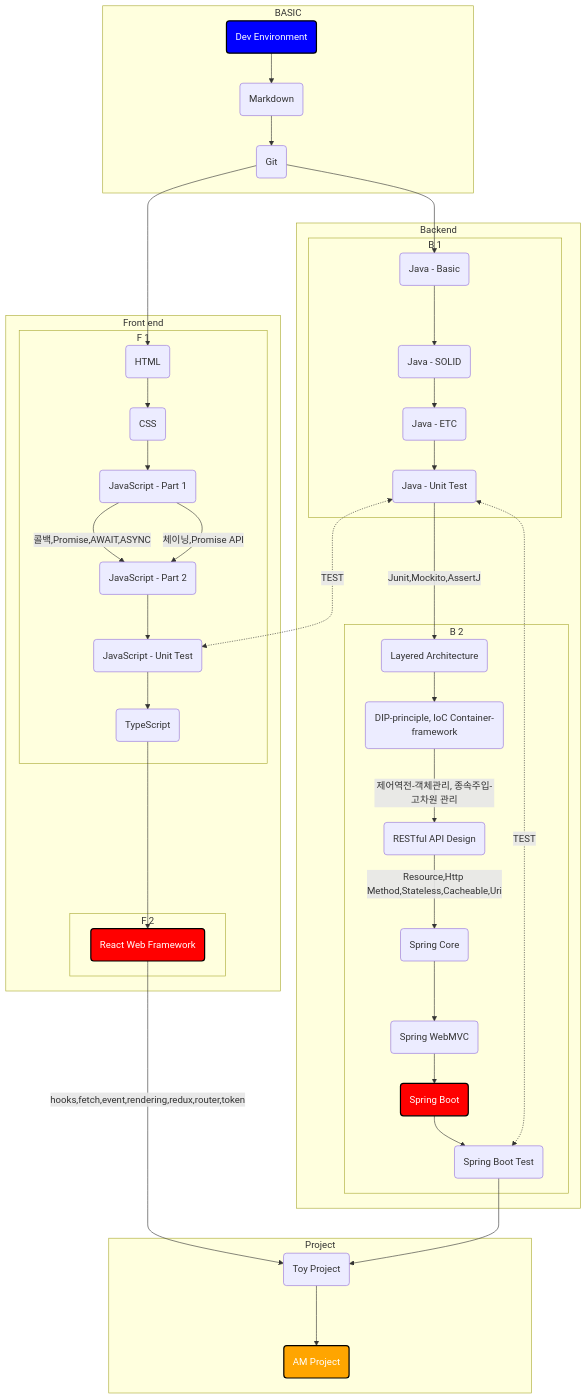
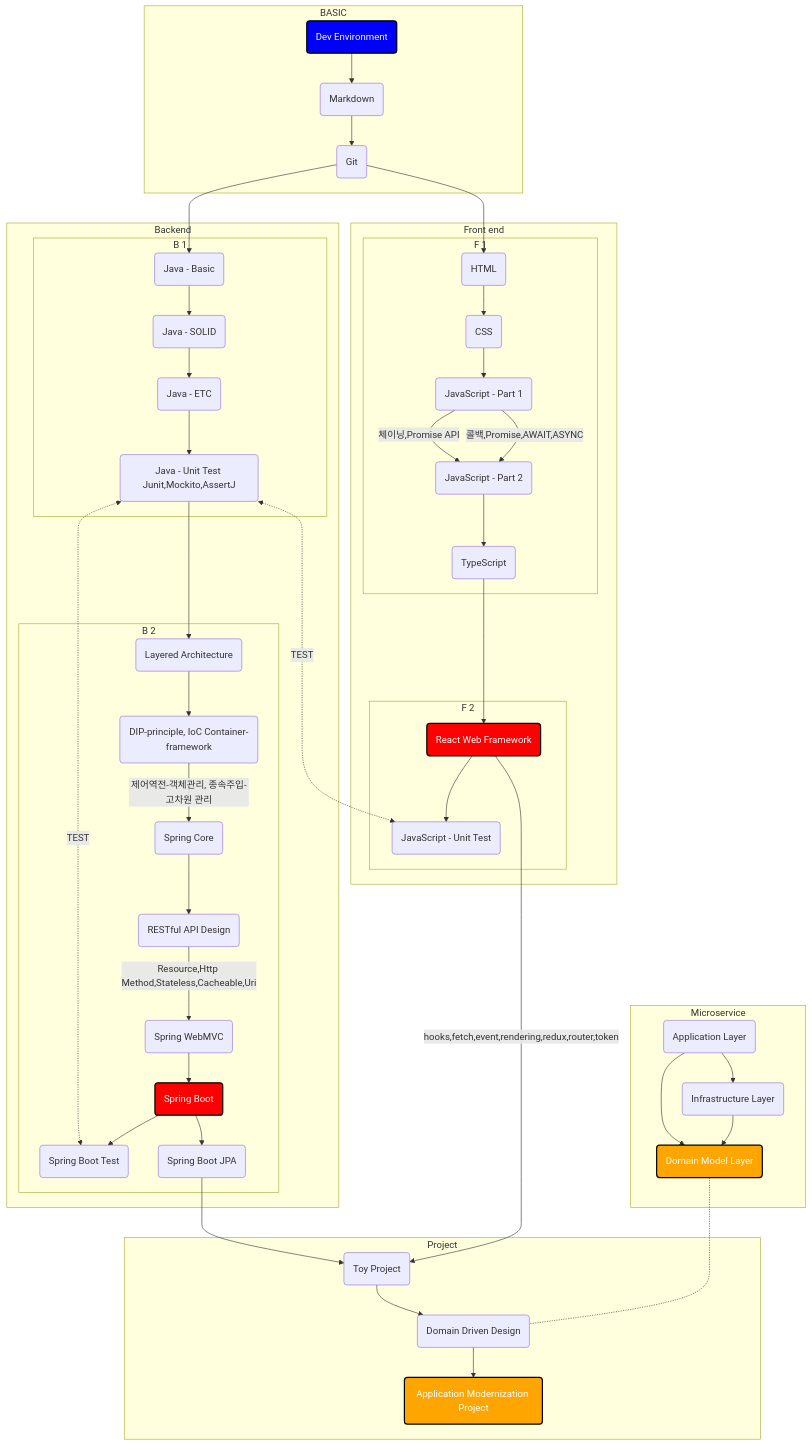
The first of 2 diagrams in README.md (HankJoo/HankJoo), drawn with Mermaid before and after one commit. The commit also changed other lines of this file, not shown here.

```diff
--- a/README.md
+++ b/README.md
@@ -26,24 +26,26 @@
             B1(Java - Basic)
             B2(Java - SOLID)
             B3(Java - ETC)        
-            B4(Java - Unit Test)     
-            B1-->B2-->B3-->B4
-           
+            B4(Java - Unit Test Junit,Mockito,AssertJ)     
+            B1-->B2-->B3-->B4           
         end
       
-    B4--->|Junit,Mockito,AssertJ|B5
+    B4--->B5
         
         subgraph "B 2" 
             B5(Layered Architecture)
             B6(DIP-principle, IoC Container-framework)
-            B7(RESTful API Design)
-            B8(Spring Core)
+            B7(Spring Core)
+            B8(RESTful API Design)                       
             B9(Spring WebMVC)
             B10(Spring Boot):::red
             B11(Spring Boot Test) 
+            B12(Spring Boot JPA)
             
             B5-->B6-->|제어역전-객체관리, 종속주입-고차원 관리|B7
-            B7-->|Resource,Http Method,Stateless,Cacheable,Uri|B8-->B9-->B10-->B11
+            B7-->B8-->|Resource,Http Method,Stateless,Cacheable,Uri|B9-->B10-->B12
+            B10-->B11
+                        
         end        
     end
     
@@ -54,36 +56,44 @@
             F1(HTML)
             F2(CSS)
             F3(JavaScript - Part 1)            
-            F4(JavaScript - Part 2)
-            F5(JavaScript - Unit Test)
+            F4(JavaScript - Part 2)            
             F6(TypeScript)                        
             F3-->|콜백,Promise,AWAIT,ASYNC|F4
-            F1-->F2-->F3-->|체이닝,Promise API|F4-->F5-->F6
+            F1-->F2-->F3-->|체이닝,Promise API|F4-->F6
         end
     
     F6 ---> F7   
         
         subgraph "F 2"
-            F7(React Web Framework):::red                
+            F7(React Web Framework):::red    
+            F8(JavaScript - Unit Test)            
         end       
     end
-    
+    F7 -->F8
     F7 -->|hooks,fetch,event,rendering,redux,router,token|P1
-    B11 --> P1
-    P1 ---> P2
-    
-    
-    B4<-..->|TEST|F5
+    B12 --> P1
+         
+    B4<-..->|TEST|F8
     B4<-..->|TEST|B11
-    
-    
-    
+           
     subgraph "Project"
             P1(Toy Project)
-            P2(AM Project):::orange        
+            P2(Domain Driven Design)            
+            P3(Application Modernization Project):::orange        
     end 
-
-
+    
+    subgraph "Microservice"
+            P21(Application Layer)
+            P22(Domain Model Layer):::orange
+            P23(Infrastructure Layer)
+            P21-->P23
+            P23-->P22
+            P21-->P22
+    end
+    
+    P22-..-P2
+    
+    P1-->P2-->P3
 
 
 
```
